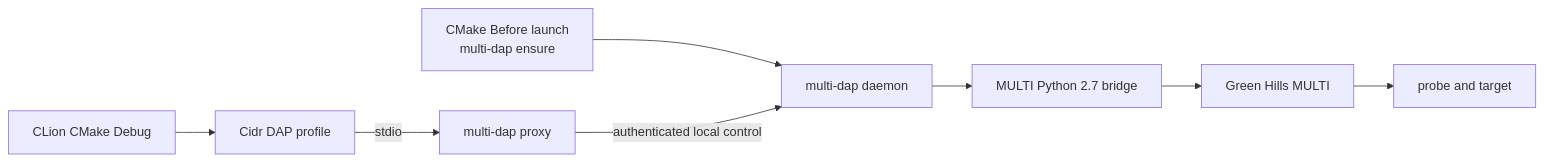
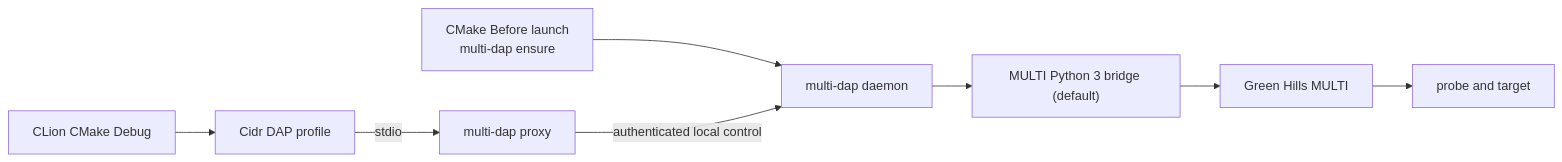
Before and after one commit to BalconyJH/multi-dap: the diagram in docs/clion.md, drawn with Mermaid. The commit also changed other lines of this file and 6 other files, not shown here.

````diff
--- a/docs/clion.md
+++ b/docs/clion.md
@@ -30,10 +32,10 @@
 ```mermaid
 flowchart LR
     before["CMake Before launch<br/>multi-dap ensure"] --> daemon["multi-dap daemon"]
     cmake["CLion CMake Debug"] --> profile["Cidr DAP profile"]
     profile -->|"stdio"| proxy["multi-dap proxy"]
     proxy -->|"authenticated local control"| daemon
-    daemon --> bridge["MULTI Python 2.7 bridge"]
+    daemon --> bridge["MULTI Python 3 bridge (default)"]
     bridge --> multi["Green Hills MULTI"]
     multi --> target["probe and target"]
 ```
````
